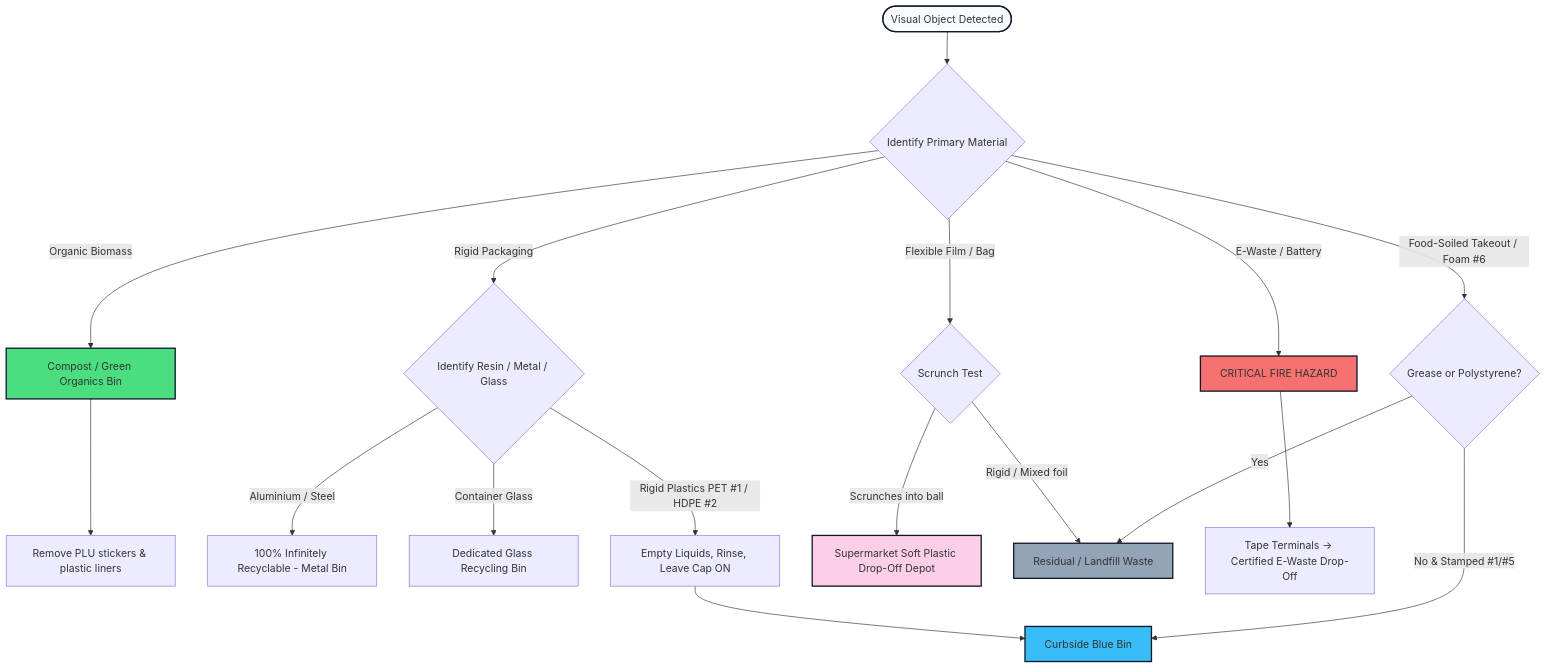
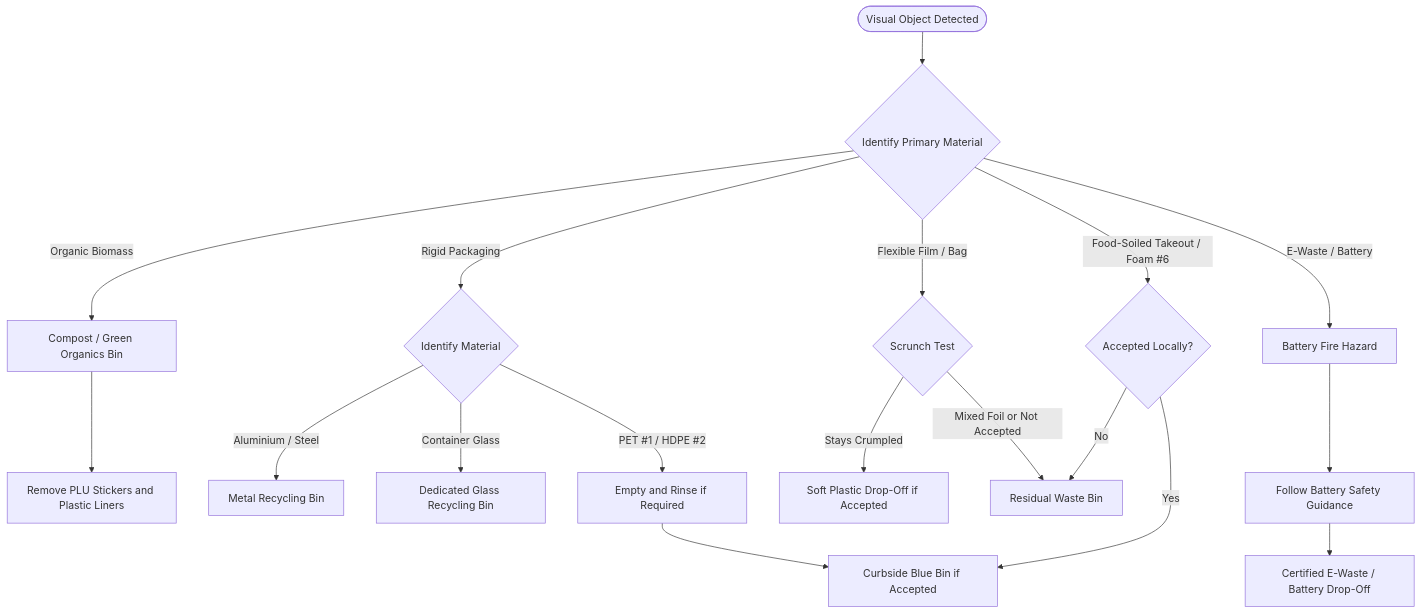
Before and after one commit to ITS-LLM-2026/VisionX: the third of 3 diagrams in README.md, drawn with Mermaid. The commit also changed other lines of this file, not shown here.

Commit message:
Update README with new flowchart and content changes

````diff
--- a/README.md
+++ b/README.md
@@ -154,31 +164,29 @@
 ```mermaid
-graph TD
+---
+config:
+  theme: default
+---
+flowchart TD
     Start([Visual Object Detected]) --> TypeCheck{Identify Primary Material}
 
     TypeCheck -->|Organic Biomass| OrganicPath[Compost / Green Organics Bin]
-    OrganicPath --> OrgPrep[Remove PLU stickers & plastic liners]
+    OrganicPath --> OrgPrep[Remove PLU Stickers and Plastic Liners]
 
-    TypeCheck -->|Rigid Packaging| RigidCheck{Identify Resin / Metal / Glass}
-    RigidCheck -->|Aluminium / Steel| MetalPath[100% Infinitely Recyclable - Metal Bin]
+    TypeCheck -->|Rigid Packaging| RigidCheck{Identify Material}
+    RigidCheck -->|Aluminium / Steel| MetalPath[Metal Recycling Bin]
     RigidCheck -->|Container Glass| GlassPath[Dedicated Glass Recycling Bin]
-    RigidCheck -->|Rigid Plastics PET #1 / HDPE #2| PlasticPrep[Empty Liquids, Rinse, Leave Cap ON]
-    PlasticPrep --> BlueBin[Curbside Blue Bin]
+    RigidCheck -->|PET #1 / HDPE #2| PlasticPrep[Empty and Rinse if Required]
+    PlasticPrep --> BlueBin[Curbside Blue Bin if Accepted]
 
     TypeCheck -->|Flexible Film / Bag| FilmCheck{Scrunch Test}
-    FilmCheck -->|Scrunches into ball| DropOff[Supermarket Soft Plastic Drop-Off Depot]
-    FilmCheck -->|Rigid / Mixed foil| TrashPath[Residual / Landfill Waste]
+    FilmCheck -->|Stays Crumpled| DropOff[Soft Plastic Drop-Off if Accepted]
+    FilmCheck -->|Mixed Foil or Not Accepted| TrashPath[Residual Waste Bin]
 
-    TypeCheck -->|E-Waste / Battery| HazardAlert[CRITICAL FIRE HAZARD]
-    HazardAlert --> BatteryTape[Tape Terminals -> Certified E-Waste Drop-Off]
+    TypeCheck -->|E-Waste / Battery| HazardAlert[Battery Fire Hazard]
+    HazardAlert --> BatteryTape[Follow Battery Safety Guidance]
+    BatteryTape --> EWasteDrop[Certified E-Waste / Battery Drop-Off]
 
-    TypeCheck -->|Food-Soiled Takeout / Foam #6| SoiledCheck{Grease or Polystyrene?}
-    SoiledCheck -->|Yes| TrashPath
-    SoiledCheck -->|No & Stamped #1/#5| BlueBin
-
-    style Start fill:#f8fafc,stroke:#0f172a,stroke-width:2px;
-    style BlueBin fill:#38bdf8,stroke:#0f172a,stroke-width:2px;
-    style OrganicPath fill:#4ade80,stroke:#0f172a,stroke-width:2px;
-    style TrashPath fill:#94a3b8,stroke:#0f172a,stroke-width:2px;
-    style HazardAlert fill:#f87171,stroke:#0f172a,stroke-width:2px;
-    style DropOff fill:#fbcfe8,stroke:#0f172a,stroke-width:2px;
+    TypeCheck -->|Food-Soiled Takeout / Foam #6| SoiledCheck{Accepted Locally?}
+    SoiledCheck -->|No| TrashPath
+    SoiledCheck -->|Yes| BlueBin
 ```
````
